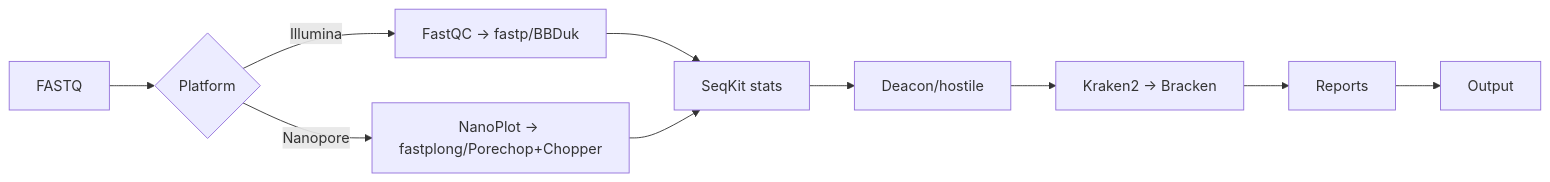
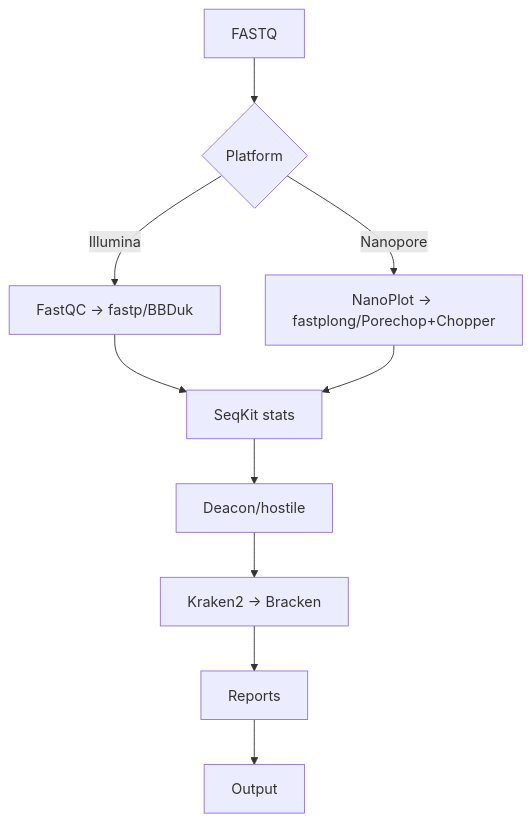
One commit to xiaoli-dong/nf-qcflow changed the diagram in README.md. Above: the diagram before and after it, drawn with Mermaid. The commit also changed other lines of this file, not shown here.

Commit message:
Add pipeline summary and flowchart to README
Added a pipeline summary section with a flowchart to illustrate the nf-qcflow process for both short and long reads.

````diff
--- a/README.md
+++ b/README.md
@@ -7,12 +12,12 @@
 ```mermaid
-flowchart LR
+flowchart TD
     A[FASTQ] --> B{Platform}
     B -->|Illumina| C[FastQC → fastp/BBDuk]
     B -->|Nanopore| D[NanoPlot → fastplong/Porechop+Chopper]
     C --> E[SeqKit stats]
     D --> E
     E --> F[Deacon/hostile]
     F --> G[Kraken2 → Bracken]
     G --> H[Reports]
     H --> I[Output]
 ```
````
